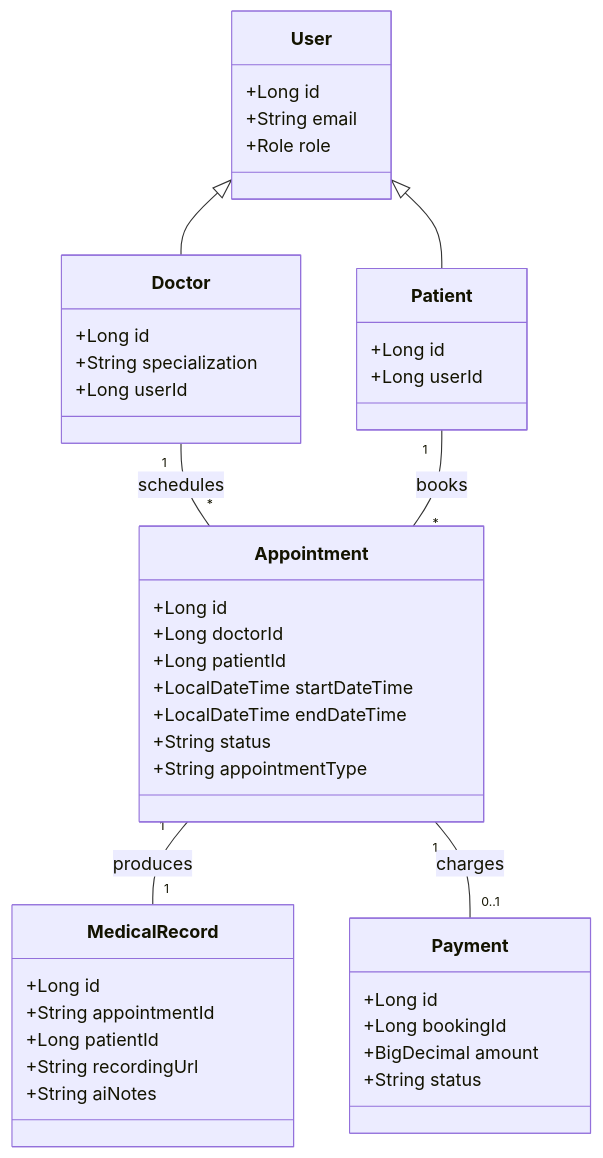
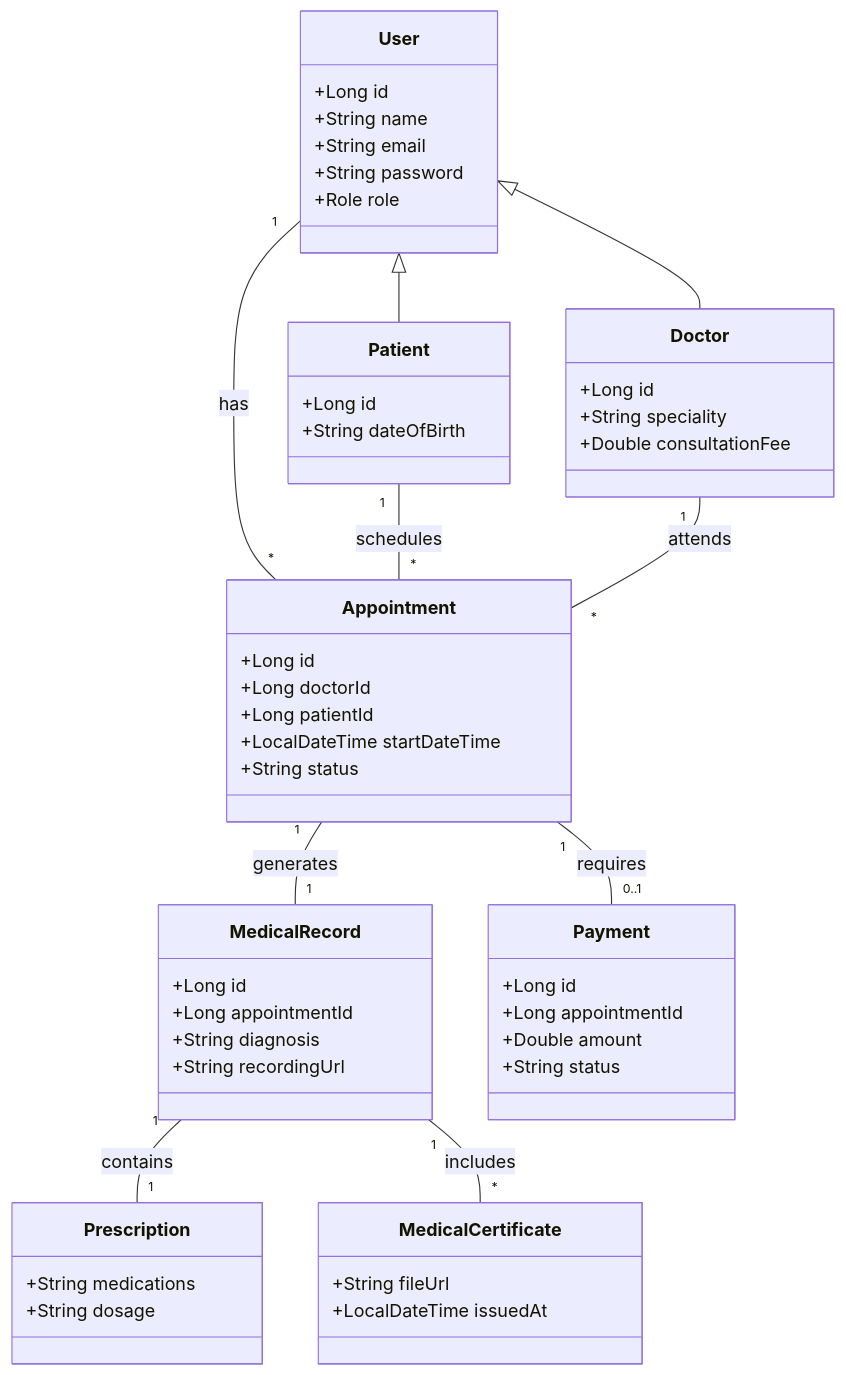
The diagram in README.md (hariti-asm/mydoctor), drawn with Mermaid before and after one commit. The commit also changed other lines of this file and 1 other file, not shown here.

Commit message:
docs: update README with tech stack and medical features

````diff
--- a/README.md
+++ b/README.md
@@ -29,46 +25,63 @@
 ```mermaid
 classDiagram
-  class User {
-    +Long id
-    +String email
-    +Role role
-  }
-  class Doctor {
-    +Long id
-    +String specialization
-    +Long userId
-  }
-  class Patient {
-    +Long id
-    +Long userId
-  }
-  class Appointment {
-    +Long id
-    +Long doctorId
-    +Long patientId
-    +LocalDateTime startDateTime
-    +LocalDateTime endDateTime
-    +String status
-    +String appointmentType
-  }
-  class MedicalRecord {
-    +Long id
-    +String appointmentId
-    +Long patientId
-    +String recordingUrl
-    +String aiNotes
-  }
-  class Payment {
-    +Long id
-    +Long bookingId
-    +BigDecimal amount
-    +String status
-  }
+    class User {
+        +Long id
+        +String name
+        +String email
+        +String password
+        +Role role
+    }
 
-  User <|-- Doctor
-  User <|-- Patient
-  Doctor "1" -- "*" Appointment : schedules
-  Patient "1" -- "*" Appointment : books
-  Appointment "1" -- "1" MedicalRecord : produces
-  Appointment "1" -- "0..1" Payment : charges
+    class Patient {
+        +Long id
+        +String dateOfBirth
+    }
+
+    class Doctor {
+        +Long id
+        +String speciality
+        +Double consultationFee
+    }
+
+    class Appointment {
+        +Long id
+        +Long doctorId
+        +Long patientId
+        +LocalDateTime startDateTime
+        +String status
+    }
+
+    class MedicalRecord {
+        +Long id
+        +Long appointmentId
+        +String diagnosis
+        +String recordingUrl
+    }
+
+    class Prescription {
+        +String medications
+        +String dosage
+    }
+
+    class MedicalCertificate {
+        +String fileUrl
+        +LocalDateTime issuedAt
+    }
+
+    class Payment {
+        +Long id
+        +Long appointmentId
+        +Double amount
+        +String status
+    }
+
+    User <|-- Patient
+    User <|-- Doctor
+    User "1" -- "*" Appointment : has
+    Patient "1" -- "*" Appointment : schedules
+    Doctor "1" -- "*" Appointment : attends
+    Appointment "1" -- "1" MedicalRecord : generates
+    MedicalRecord "1" -- "1" Prescription : contains
+    MedicalRecord "1" -- "*" MedicalCertificate : includes
+    Appointment "1" -- "0..1" Payment : requires
 ```
````
